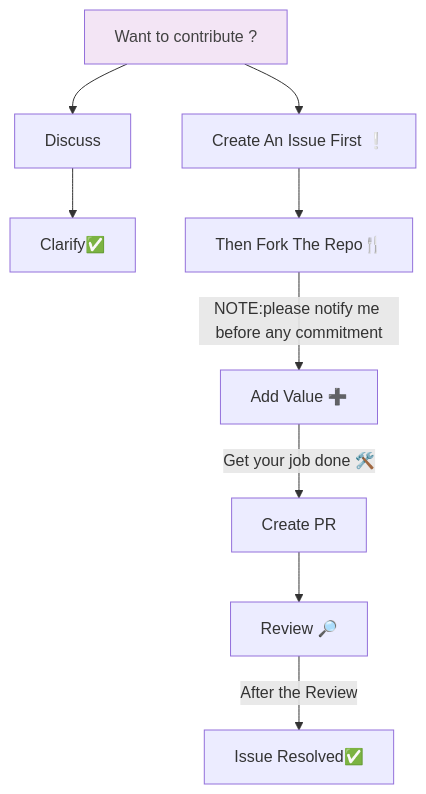
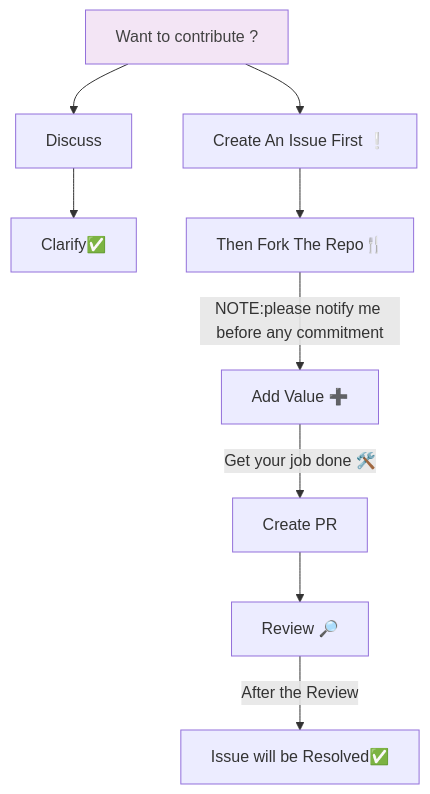
Before and after one commit to PragadeeshM1608/Discrete-Mathematics-and-Its-Applications: the diagram in CONTRIBUTING.md, drawn with Mermaid.

````diff
--- a/CONTRIBUTING.md
+++ b/CONTRIBUTING.md
@@ -11,9 +11,9 @@
 ```mermaid
 graph TD
 Contribute[Want to contribute ?]
 Contribute --> Discuss --> clarify[Clarify✅]
 Contribute --> Issue[Create An Issue First ❕] --> Fork[Then Fork The Repo🍴] -->|NOTE:please notify me before any commitment| Value[Add Value ➕] -->|Get your job done 🛠️| Pr[Create PR]
  Pr --> Review[Review 🔎]
- Review -->|After the Review| Done[Issue Resolved✅]
+ Review -->|After the Review| Done[Issue will be Resolved✅]
 style Contribute fill:#f3e5f5,color:#424242
 ``` 
````
